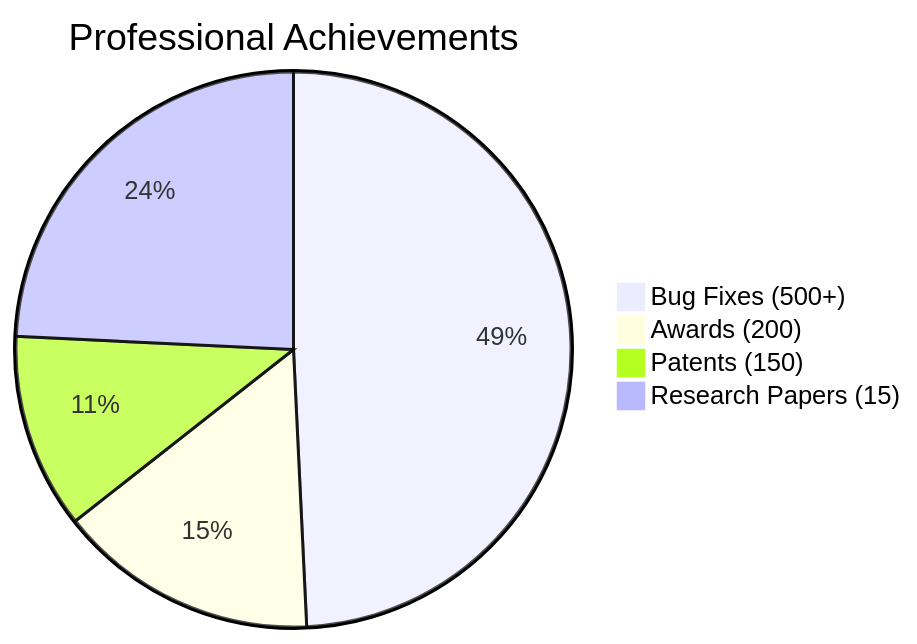
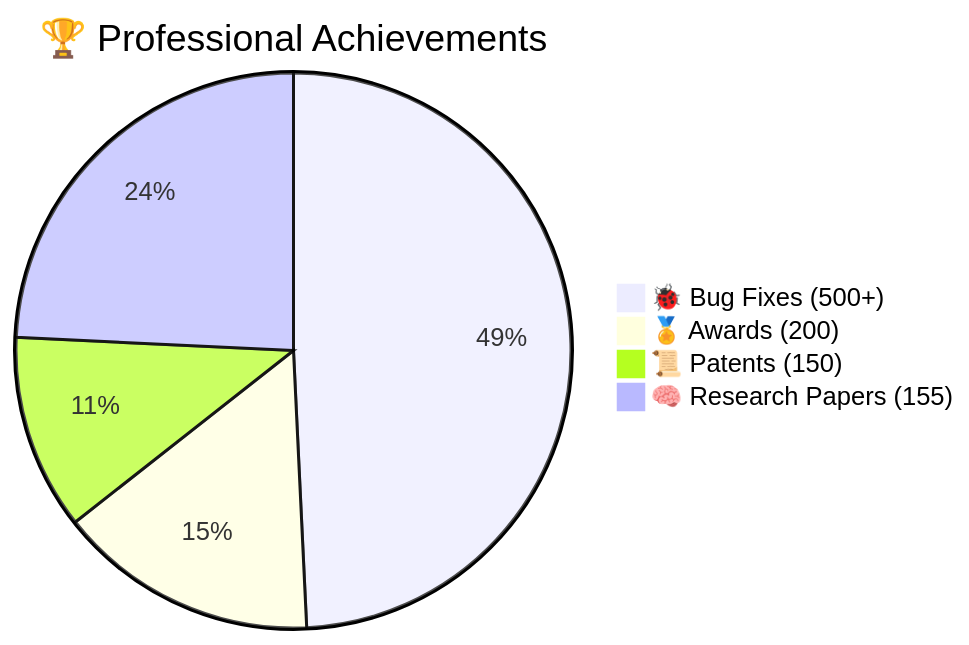
The third of 6 diagrams in README.md (Tamilselvan-S-Cyber-Security/Tamilselvan-S-Cyber-Security), drawn with Mermaid before and after one commit. The commit also changed other lines of this file, not shown here.

````diff
--- a/README.md
+++ b/README.md
@@ -71,7 +73,7 @@
 ```mermaid
-pie title Professional Achievements
-    "Bug Fixes (500+)" : 650
-    "Awards (200)" : 200
-    "Patents (150)" : 150
-    "Research Papers (15)" : 320
+pie title 🏆 Professional Achievements
+    "🐞 Bug Fixes (500+)"         : 650
+    "🏅 Awards (200)"             : 200
+    "📜 Patents (150)"            : 150
+    "🧠 Research Papers (155)"     : 320 
 ```
````
